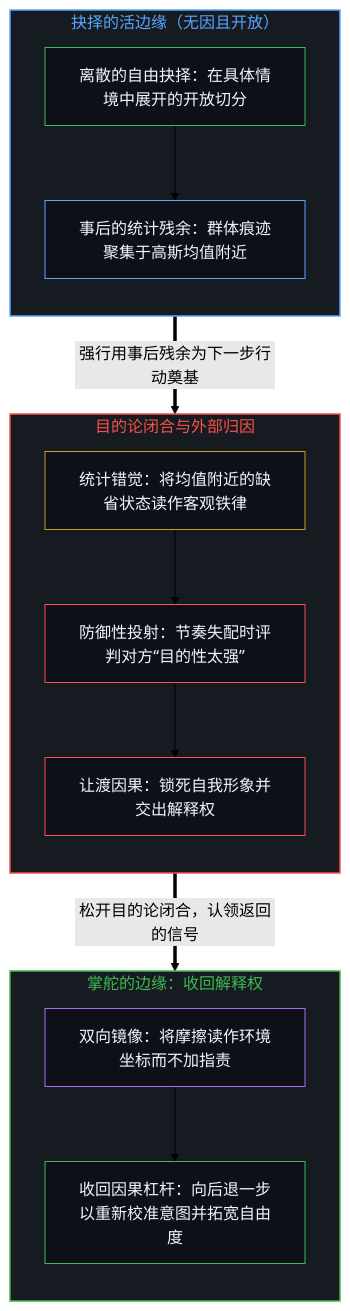
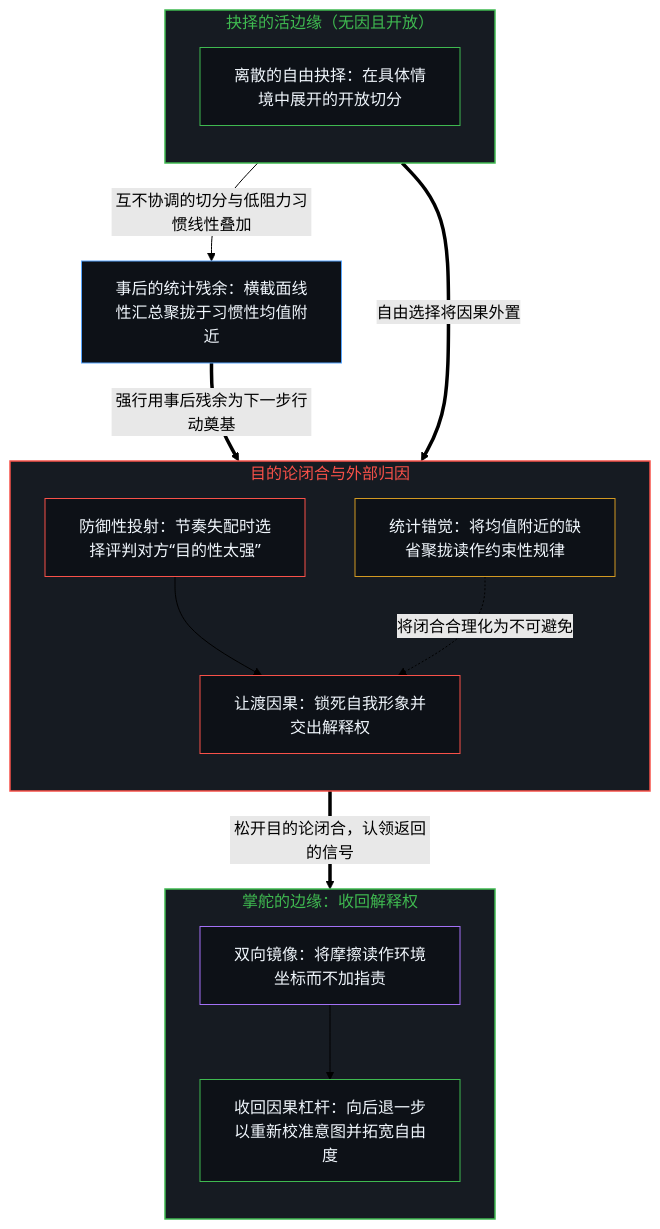
The first of 2 diagrams in content/posts/cong-mu-di-xing-de-ping-pan-kan-ren-zhi-que-sheng.md (powerpig99/not-a-toe), drawn with Mermaid (forest theme) before and after one commit. The commit also changed other lines of this file and 4 other files, not shown here.

````diff
--- a/content/posts/cong-mu-di-xing-de-ping-pan-kan-ren-zhi-que-sheng.md
+++ b/content/posts/cong-mu-di-xing-de-ping-pan-kan-ren-zhi-que-sheng.md
@@ -39,34 +39,36 @@
 ```mermaid
 flowchart TD
     subgraph S_Edge["抉择的活边缘（无因且开放）"]
         direction TB
         E_Act["离散的自由抉择：在具体情境中展开的开放切分"]
-        E_Stat["事后的统计残余：群体痕迹聚集于高斯均值附近"]
-        E_Act --> E_Stat
     end
+    E_Stat["事后的统计残余：横截面线性汇总聚拢于习惯性均值附近"]
     subgraph S_Proj["目的论闭合与外部归因"]
         direction TB
-        P_Law["统计错觉：将均值附近的缺省状态读作客观铁律"]
-        P_Label["防御性投射：节奏失配时评判对方“目的性太强”"]
+        P_Label["防御性投射：节奏失配时选择评判对方“目的性太强”"]
         P_Surr["让渡因果：锁死自我形象并交出解释权"]
-        P_Law --> P_Label --> P_Surr
+        P_Law["统计错觉：将均值附近的缺省聚拢读作约束性规律"]
+        P_Label --> P_Surr
+        P_Law -.->|"将闭合合理化为不可避免"| P_Surr
     end
     subgraph S_Open["掌舵的边缘：收回解释权"]
         direction TB
         O_Mirror["双向镜像：将摩擦读作环境坐标而不加指责"]
         O_Claim["收回因果杠杆：向后退一步以重新校准意图并拓宽自由度"]
         O_Mirror --> O_Claim
     end
+    E_Act -->|"互不协调的切分与低阻力习惯线性叠加"| E_Stat
+    E_Act ==>|"自由选择将因果外置"| P_Label
     E_Stat ==>|"强行用事后残余为下一步行动奠基"| P_Law
     P_Surr ==>|"松开目的论闭合，认领返回的信号"| O_Mirror
-    style S_Edge fill:#161b22,stroke:#58a6ff,stroke-width:1.5px,color:#58a6ff
+    style S_Edge fill:#161b22,stroke:#3fb950,stroke-width:1.5px,color:#3fb950
     style S_Proj fill:#161b22,stroke:#f85149,stroke-width:1.5px,color:#f85149
     style S_Open fill:#161b22,stroke:#3fb950,stroke-width:1.5px,color:#3fb950
     style E_Act fill:#0d1117,stroke:#3fb950,stroke-width:1px,color:#f0f6fc
     style E_Stat fill:#0d1117,stroke:#58a6ff,stroke-width:1px,color:#f0f6fc
     style P_Law fill:#0d1117,stroke:#d29922,stroke-width:1px,color:#f0f6fc
     style P_Label fill:#0d1117,stroke:#f85149,stroke-width:1px,color:#f0f6fc
     style P_Surr fill:#0d1117,stroke:#f85149,stroke-width:1px,color:#f0f6fc
     style O_Mirror fill:#0d1117,stroke:#a371f7,stroke-width:1px,color:#f0f6fc
     style O_Claim fill:#0d1117,stroke:#3fb950,stroke-width:1px,color:#f0f6fc
 ```
````
